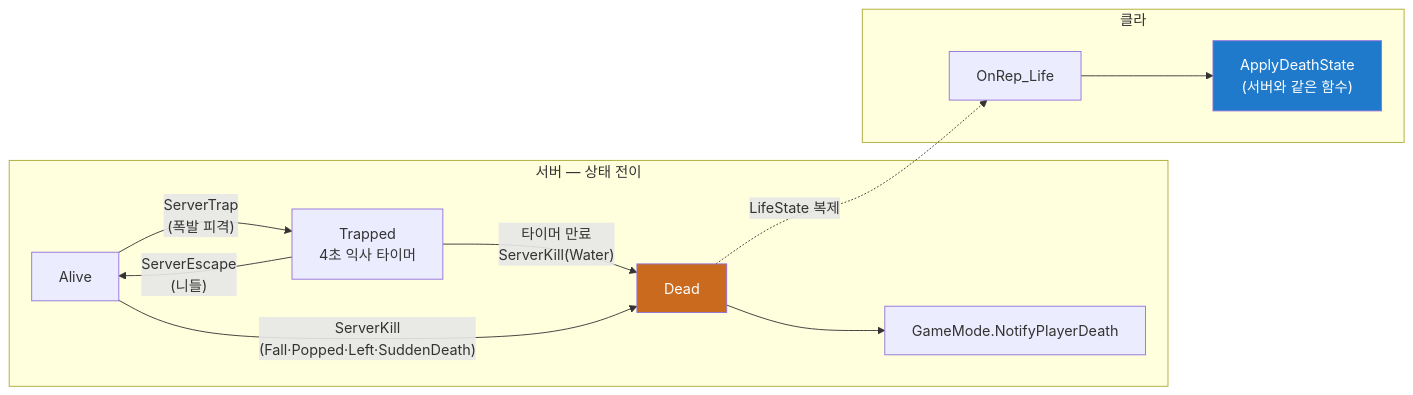
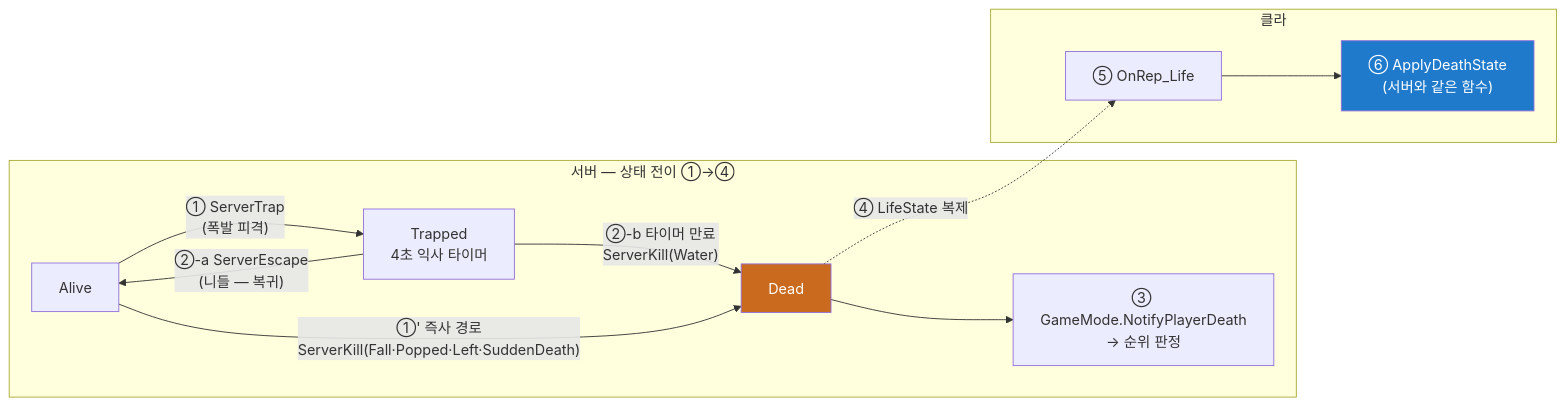
One commit to chomul/CrazyArcade_3D changed the diagram in Docs/Gameplay/Character/24-StatusComponent.md. Above: the diagram before and after it, drawn with Mermaid. The commit also changed 7 other files, not shown here.

First line of the commit message:
Docs — 구조도에 진행 순서 번호 (사용자 요청)

````diff
--- a/Docs/Gameplay/Character/24-StatusComponent.md
+++ b/Docs/Gameplay/Character/24-StatusComponent.md
@@ -41,16 +41,16 @@
 ```mermaid
 flowchart LR
-    subgraph SV["서버 — 상태 전이"]
-        A["Alive"] -->|"ServerTrap<br>(폭발 피격)"| B["Trapped<br>4초 익사 타이머"]
-        B -->|"ServerEscape<br>(니들)"| A
-        B -->|"타이머 만료<br>ServerKill(Water)"| D["Dead"]
-        A -->|"ServerKill<br>(Fall·Popped·Left·SuddenDeath)"| D
-        D --> N["GameMode.NotifyPlayerDeath"]
+    subgraph SV["서버 — 상태 전이 ①→④"]
+        A["Alive"] -->|"① ServerTrap<br>(폭발 피격)"| B["Trapped<br>4초 익사 타이머"]
+        B -->|"②-a ServerEscape<br>(니들 — 복귀)"| A
+        B -->|"②-b 타이머 만료<br>ServerKill(Water)"| D["Dead"]
+        A -->|"①' 즉사 경로<br>ServerKill(Fall·Popped·Left·SuddenDeath)"| D
+        D --> N["③ GameMode.NotifyPlayerDeath<br>→ 순위 판정"]
     end
     subgraph CL["클라"]
-        R["OnRep_Life"] --> AD["ApplyDeathState<br>(서버와 같은 함수)"]
+        R["⑤ OnRep_Life"] --> AD["⑥ ApplyDeathState<br>(서버와 같은 함수)"]
     end
-    D -.->|"LifeState 복제"| R
+    D -.->|"④ LifeState 복제"| R
     style D fill:#C96A1F,color:#fff
     style AD fill:#1F7ACC,color:#fff
 ```
````
